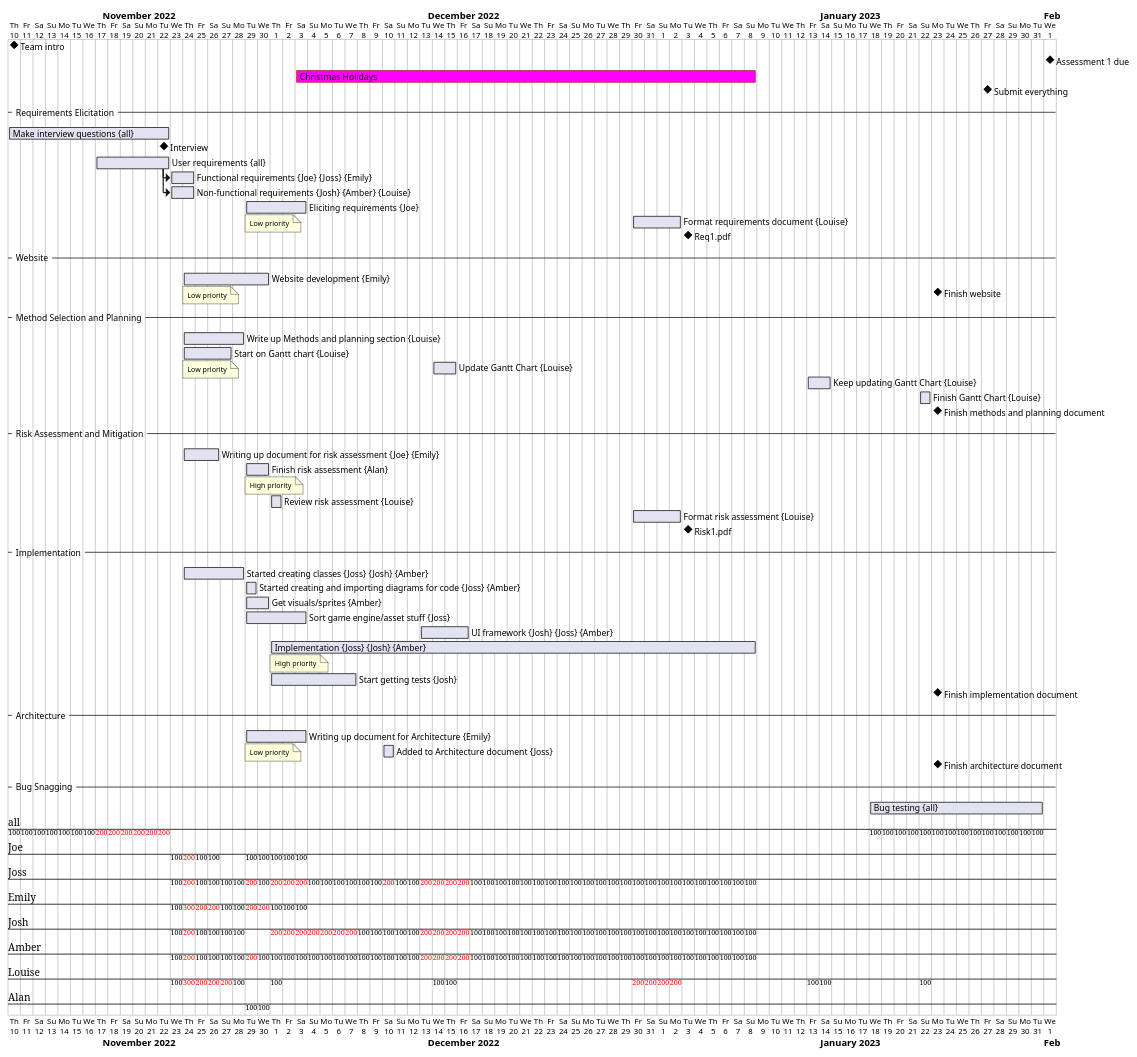
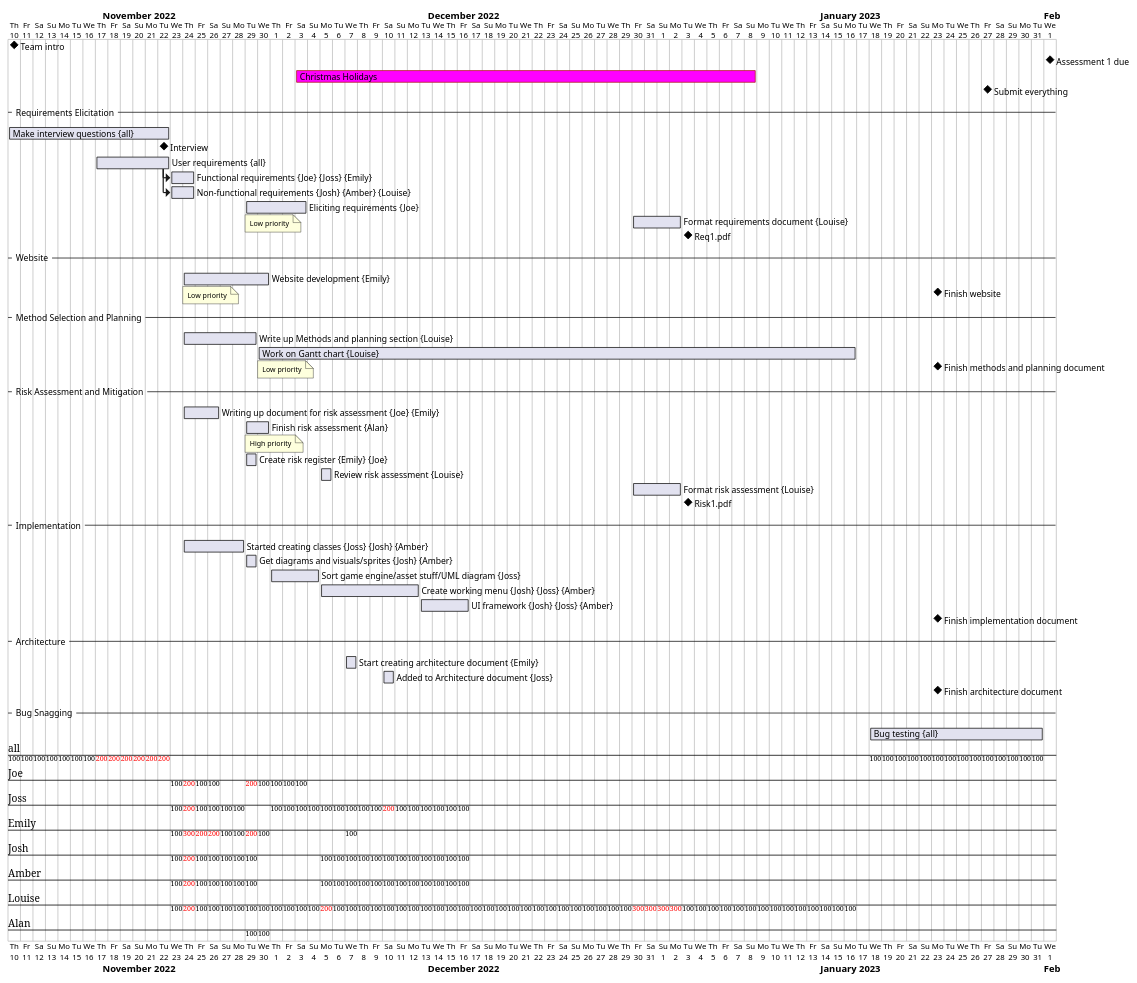
Before and after one commit to JMM889901/ENG1_Group24: the diagram in plantuml/gantt.plantuml, drawn with PlantUML.

```diff
--- a/plantuml/gantt.plantuml
+++ b/plantuml/gantt.plantuml
@@ -1,73 +1,63 @@
 @startgantt
 Project starts 2022-11-10
 [Team intro] happens at 2022-11-10
 [Assessment 1 due] happens at 2023-2-1
 [Christmas Holidays] starts 2022-12-3
 [Christmas Holidays] ends 2023-1-8
 [Christmas Holidays] is colored in Fuchsia/FireBrick
 [Submit everything] happens at 2023-1-27
 --Requirements Elicitation--
 [Make interview questions] on {all} lasts 13 days
 [Interview] happens at 2022-11-22
 [User requirements] on {all} starts 2022-11-17 and lasts 6 days
 [Functional requirements] on {Joe} {Joss} {Emily} lasts 4 days
 [Non-functional requirements] on {Josh} {Amber} {Louise} lasts 4 days
 [User requirements] -> [Functional requirements]
 [User requirements] -> [Non-functional requirements]
 [Eliciting requirements] on {Joe} starts 2022-11-29 and lasts 5 days
 note bottom
 Low priority
 end note
 [Format requirements document] on {Louise} starts 2022-12-30 and lasts 4 days
 [Req1.pdf] happens at 2023-1-3
 --Website--
 [Website development] on {Emily} starts 2022-11-24 and lasts 1 week
 note bottom
 Low priority
 end note
 [Finish website] happens at 2023-1-23
 --Method Selection and Planning--
 [Write up Methods and planning section] on {Louise} starts 2022-11-24
-[Write up Methods and planning section] ends 2022-11-28
-[Start on Gantt chart] on {Louise} starts 2022-11-24 and lasts 4 days
+[Write up Methods and planning section] ends 2022-11-29
+[Work on Gantt chart] on {Louise} starts 2022-11-30
+[Work on Gantt chart] ends 2023-1-16
 note bottom
 Low priority
 end note
-[Update Gantt Chart] on {Louise} starts 2022-12-14 and lasts 2 days
-[Keep updating Gantt Chart] on {Louise} starts 2023-1-13 and lasts 2 days
-[Finish Gantt Chart] on {Louise} starts 2023-1-22
 [Finish methods and planning document] happens at 2023-1-23
 --Risk Assessment and Mitigation--
 [Writing up document for risk assessment] on {Joe} {Emily} starts 2022-11-24 and lasts 5 days
 [Finish risk assessment] on {Alan} starts 2022-11-29 and lasts 2 days
 note bottom 
 High priority
 end note
-[Review risk assessment] on {Louise} starts 2022-12-1 and lasts 1 day
+[Create risk register] on {Emily} {Joe} starts 2022-11-29 and lasts 2 days
+[Review risk assessment] on {Louise} starts 2022-12-5
 [Format risk assessment] on {Louise} starts 2022-12-30 and lasts 4 days
 [Risk1.pdf] happens at 2023-1-3
 --Implementation--
 [Started creating classes] on {Joss} {Josh} {Amber} starts 2022-11-24 and lasts 2 weeks
-[Started creating and importing diagrams for code] on {Joss} {Amber} starts 2022-11-29
-[Get visuals/sprites] on {Amber} starts 2022-11-29
-[Get visuals/sprites] ends 2022-11-30
-[Sort game engine/asset stuff] on {Joss} starts 2022-11-29 and lasts 5 days
+[Get diagrams and visuals/sprites] on {Josh} {Amber} starts 2022-11-29 and lasts 2 days
+[Sort game engine/asset stuff/UML diagram] on {Joss} starts 2022-12-1 and lasts 4 days
+[Create working menu] on {Josh} {Joss} {Amber} starts 2022-12-5
+[Create working menu] ends 2022-12-12
 [UI framework] on {Josh} {Joss} {Amber} starts 2022-12-13
 [UI framework] ends 2022-12-16
-[Implementation] on {Joss} {Josh} {Amber} starts 2022-12-1
-[Implementation] ends 2023-1-8
-note bottom
-High priority
-end note
-[Start getting tests] on {Josh} starts 2022-12-1 and lasts 1 week
 [Finish implementation document] happens at 2023-1-23
 --Architecture--
-[Writing up document for Architecture] on {Emily} starts 2022-11-29 and lasts 5 days
-note bottom 
-Low priority
-end note
+[Start creating architecture document] on {Emily} starts 2022-12-7
 [Added to Architecture document] on {Joss} starts 2022-12-10
 [Finish architecture document] happens at 2023-1-23
 --Bug Snagging--
 [Bug testing] on {all} starts 2023-1-18 and lasts 14 days
 @endgantt
```
